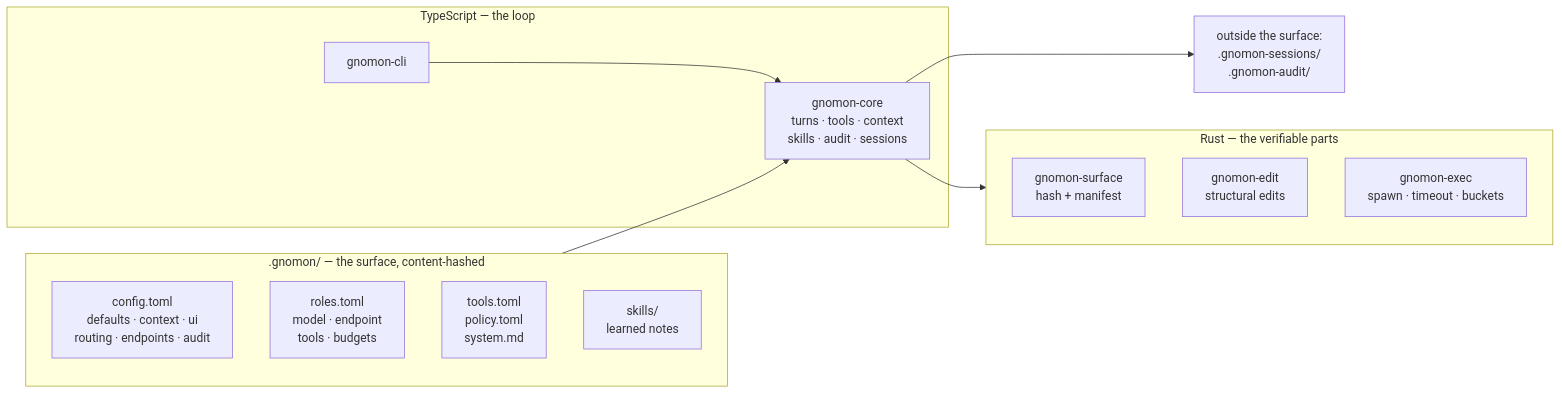
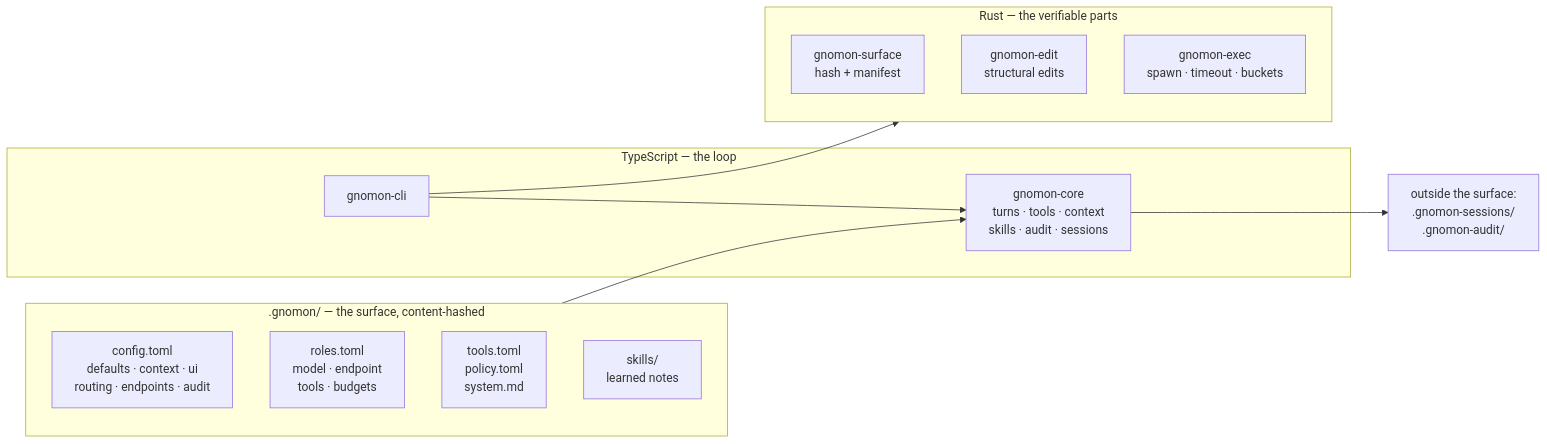
The second of 2 diagrams in README.md (eljaplacido/gnomonharness), drawn with Mermaid before and after one commit. The commit also changed other lines of this file and 19 other files, not shown here.

````diff
--- a/README.md
+++ b/README.md
@@ -135,25 +135,25 @@
 ```mermaid
 flowchart LR
     subgraph SURFACE[".gnomon/ — the surface, content-hashed"]
         S1["config.toml<br/>defaults · context · ui<br/>routing · endpoints · audit"]
         S2["roles.toml<br/>model · endpoint<br/>tools · budgets"]
         S3["tools.toml<br/>policy.toml<br/>system.md"]
         S4["skills/<br/>learned notes"]
     end
 
     subgraph TS["TypeScript — the loop"]
         T1["gnomon-core<br/>turns · tools · context<br/>skills · audit · sessions"]
         T2["gnomon-cli"]
     end
 
     subgraph RS["Rust — the verifiable parts"]
         R1["gnomon-surface<br/>hash + manifest"]
         R2["gnomon-edit<br/>structural edits"]
         R3["gnomon-exec<br/>spawn · timeout · buckets"]
     end
 
     SURFACE --> T1
     T2 --> T1
-    T1 --> RS
+    T2 --> RS
     T1 --> OUT["outside the surface:<br/>.gnomon-sessions/<br/>.gnomon-audit/"]
 ```
````
